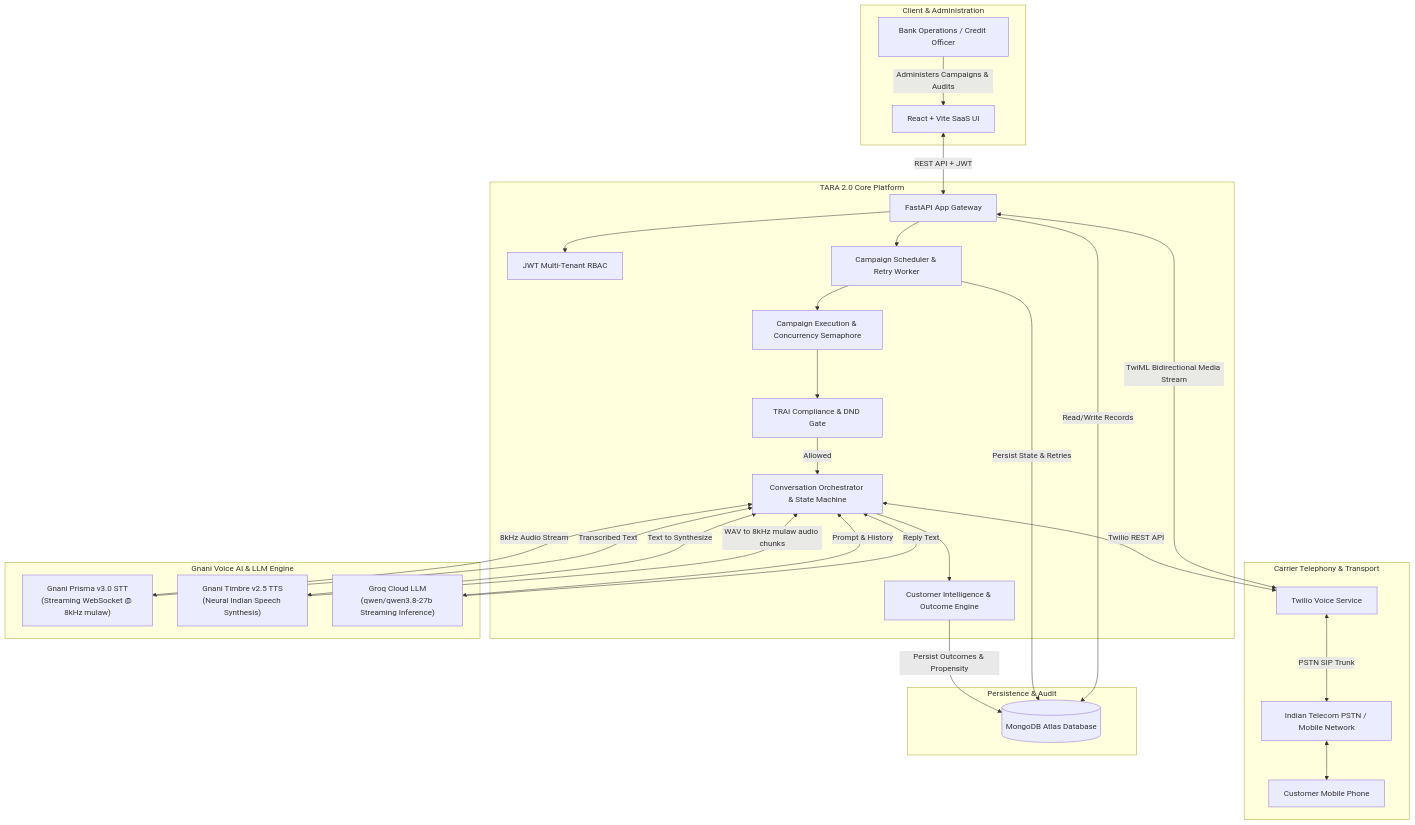
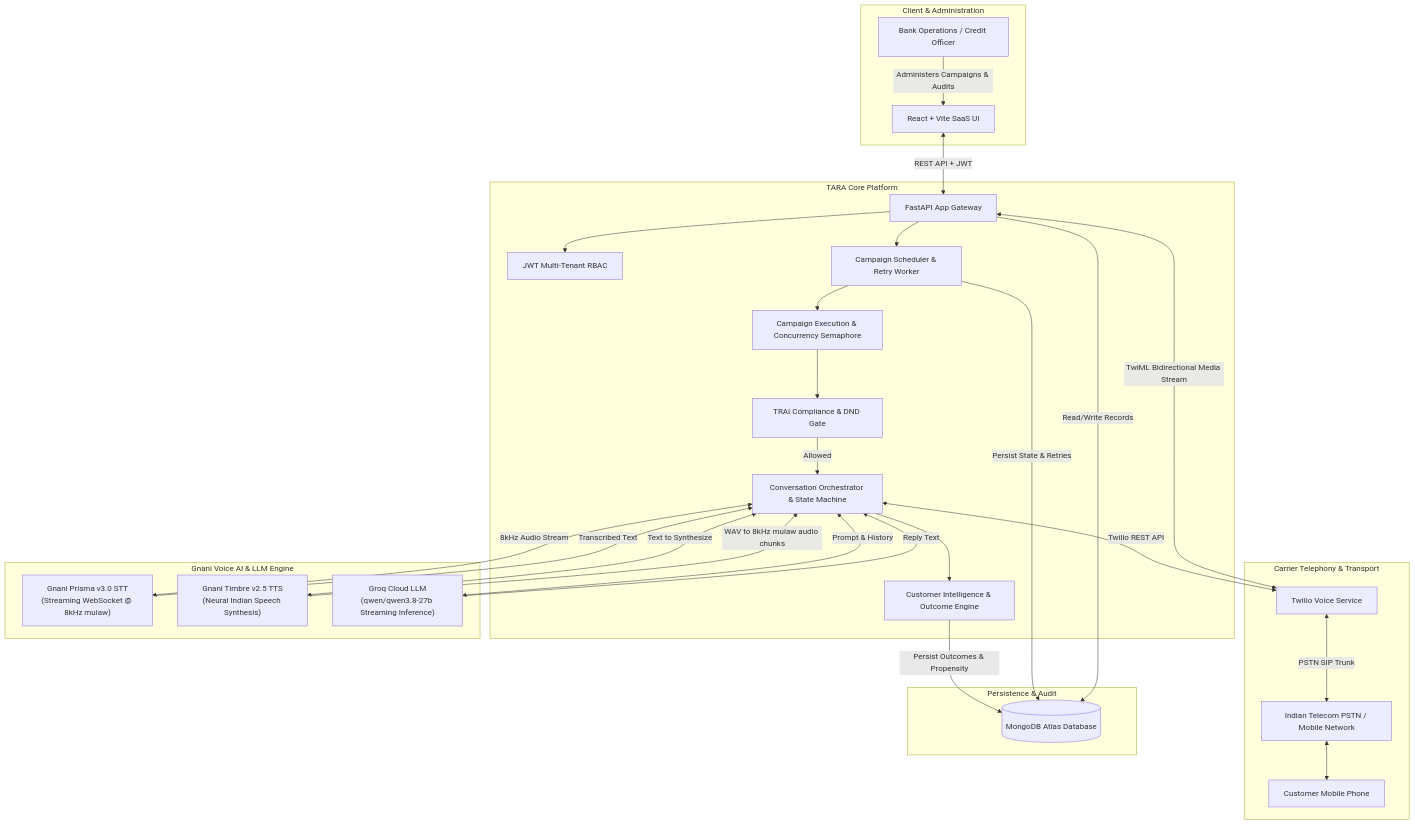
Before and after one commit to VivekGoudAdula/tara-gnani-voice-ai: the diagram in README.md, drawn with Mermaid. The commit also changed other lines of this file and 11 other files, not shown here.

````diff
--- a/README.md
+++ b/README.md
@@ -103,57 +133,57 @@
 ```mermaid
 flowchart TD
     subgraph ClientLayer ["Client & Administration"]
         Operator["Bank Operations / Credit Officer"]
         Dashboard["React + Vite SaaS UI"]
         Operator -->|Administers Campaigns & Audits| Dashboard
     end
 
-    subgraph OrchestrationLayer ["TARA 2.0 Core Platform"]
+    subgraph OrchestrationLayer ["TARA Core Platform"]
         API["FastAPI App Gateway"]
         Auth["JWT Multi-Tenant RBAC"]
         Scheduler["Campaign Scheduler & Retry Worker"]
         ExecEngine["Campaign Execution & Concurrency Semaphore"]
         Compliance["TRAI Compliance & DND Gate"]
         Orchestrator["Conversation Orchestrator & State Machine"]
         CustIntel["Customer Intelligence & Outcome Engine"]
 
         Dashboard <-->|REST API + JWT| API
         API --> Auth
         API --> Scheduler
         Scheduler --> ExecEngine
         ExecEngine --> Compliance
         Compliance -->|Allowed| Orchestrator
         Orchestrator --> CustIntel
     end
 
     subgraph TelephonyLayer ["Carrier Telephony & Transport"]
         Twilio["Twilio Voice Service"]
         PSTN["Indian Telecom PSTN / Mobile Network"]
         CustomerPhone["Customer Mobile Phone"]
 
         Orchestrator <-->|Twilio REST API| Twilio
         Twilio <-->|TwiML Bidirectional Media Stream| API
         Twilio <-->|PSTN SIP Trunk| PSTN
         PSTN <--> CustomerPhone
     end
 
     subgraph GnaniAILayer ["Gnani Voice AI & LLM Engine"]
         GnaniPrisma["Gnani Prisma v3.0 STT\n(Streaming WebSocket @ 8kHz mulaw)"]
         GnaniTimbre["Gnani Timbre v2.5 TTS\n(Neural Indian Speech Synthesis)"]
         GroqLLM["Groq Cloud LLM\n(qwen/qwen3.8-27b Streaming Inference)"]
 
         Orchestrator <-->|8kHz Audio Stream| GnaniPrisma
         GnaniPrisma -->|Transcribed Text| Orchestrator
         Orchestrator <-->|Prompt & History| GroqLLM
         GroqLLM -->|Reply Text| Orchestrator
         Orchestrator <-->|Text to Synthesize| GnaniTimbre
         GnaniTimbre -->|WAV to 8kHz mulaw audio chunks| Orchestrator
     end
 
     subgraph StorageLayer ["Persistence & Audit"]
         MongoDB[("MongoDB Atlas Database")]
         CustIntel -->|Persist Outcomes & Propensity| MongoDB
         Scheduler -->|Persist State & Retries| MongoDB
         API -->|Read/Write Records| MongoDB
     end
 ```
````
